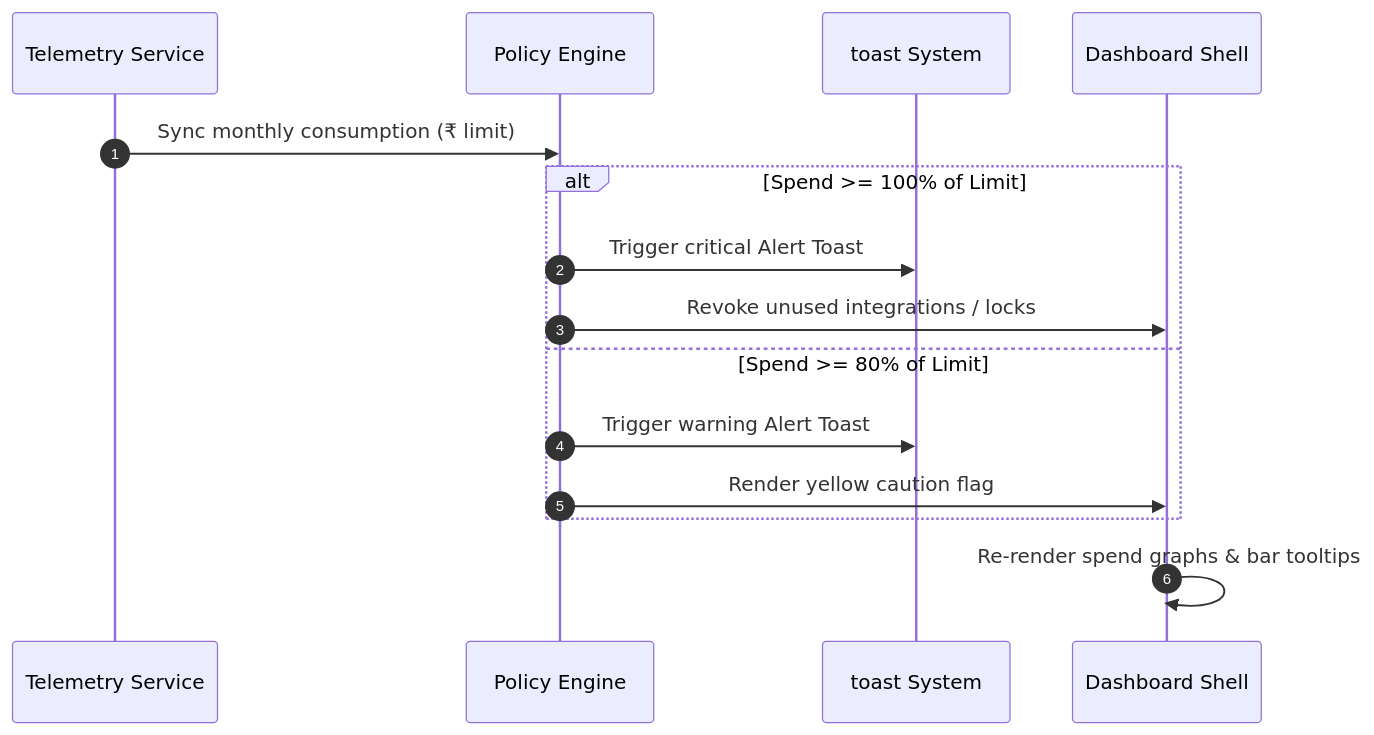
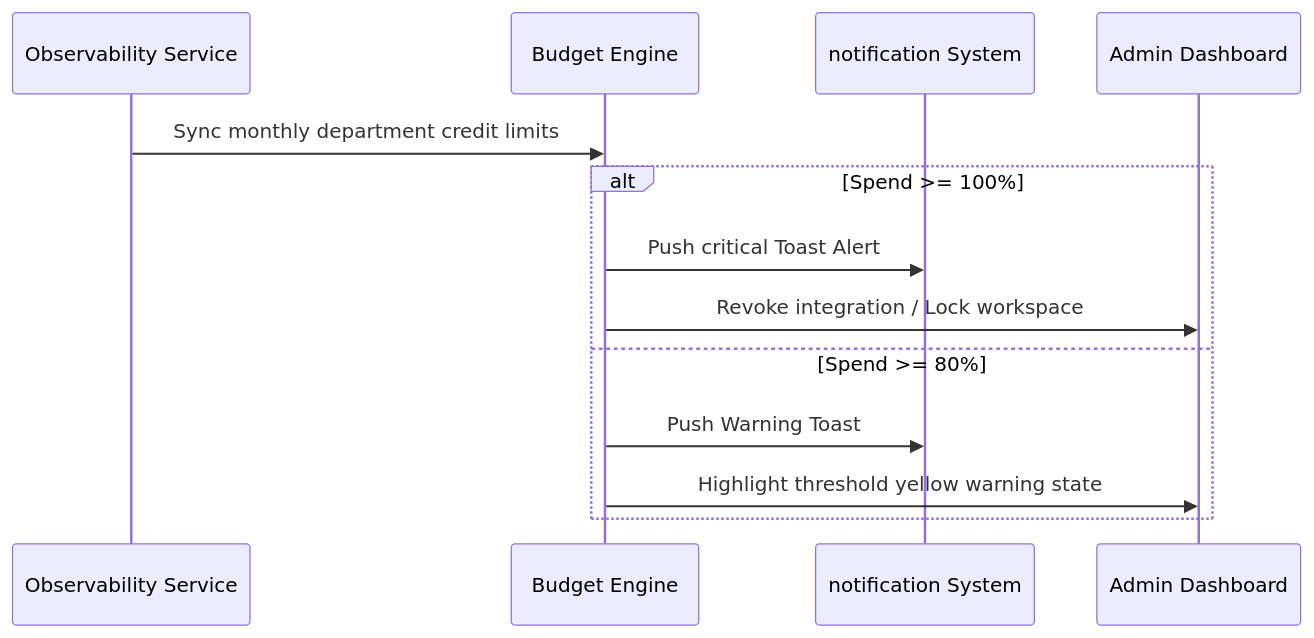
The second of 2 diagrams in README.md (hydra-eng/vantage-ai), drawn with Mermaid before and after one commit. The commit also changed other lines of this file and 5 other files, not shown here.

````diff
--- a/README.md
+++ b/README.md
@@ -42,18 +42,16 @@
 ```mermaid
 sequenceDiagram
-    autonumber
-    participant Telemetry as Telemetry Service
-    participant Engine as Policy Engine
-    participant Toast as toast System
-    participant UI as Dashboard Shell
+    participant System as Observability Service
+    participant Policy as Budget Engine
+    participant Toast as notification System
+    participant UI as Admin Dashboard
 
-    Telemetry->>Engine: Sync monthly consumption (₹ limit)
-    alt Spend >= 100% of Limit
-        Engine->>Toast: Trigger critical Alert Toast
-        Engine->>UI: Revoke unused integrations / locks
-    else Spend >= 80% of Limit
-        Engine->>Toast: Trigger warning Alert Toast
-        Engine->>UI: Render yellow caution flag
+    System->>Policy: Sync monthly department credit limits
+    alt Spend >= 100%
+        Policy->>Toast: Push critical Toast Alert
+        Policy->>UI: Revoke integration / Lock workspace
+    else Spend >= 80%
+        Policy->>Toast: Push Warning Toast
+        Policy->>UI: Highlight threshold yellow warning state
     end
-    UI->>UI: Re-render spend graphs & bar tooltips
 ```
````
